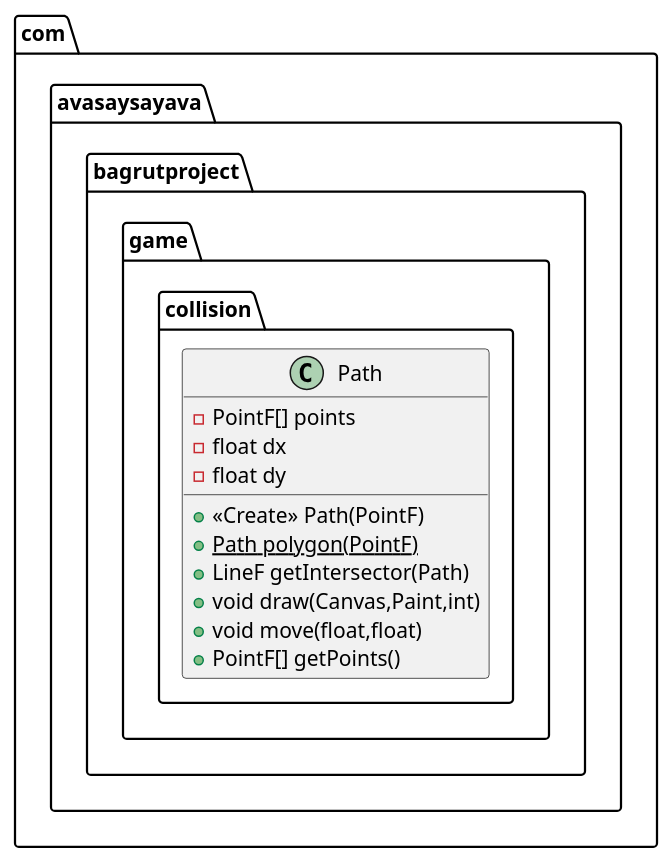
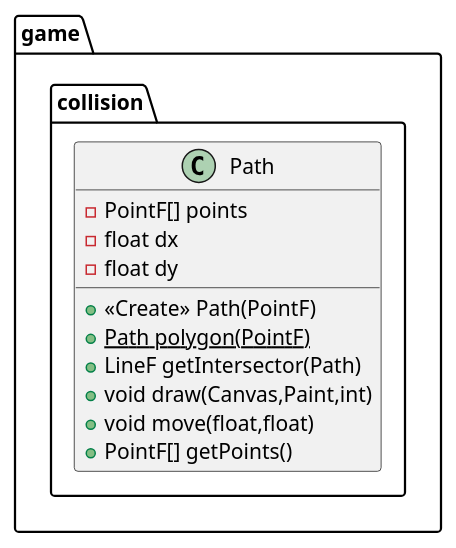
One commit to Avasay-Sayava/BagrutProject changed the diagram in ProjectApp/app/src/main/java/com/avasaysayava/bagrutproject/game/collision/Path.puml. Above: the diagram before and after it, drawn with PlantUML. The commit also changed 41 other files, not shown here.

```diff
--- a/ProjectApp/app/src/main/java/com/avasaysayava/bagrutproject/game/collision/Path.puml
+++ b/ProjectApp/app/src/main/java/com/avasaysayava/bagrutproject/game/collision/Path.puml
@@ -1,15 +1,15 @@
 @startuml
-class com.avasaysayava.bagrutproject.game.collision.Path {
+class game.collision.Path {
 - PointF[] points
 - float dx
 - float dy
 + <<Create>> Path(PointF)
 + {static} Path polygon(PointF)
 + LineF getIntersector(Path)
 + void draw(Canvas,Paint,int)
 + void move(float,float)
 + PointF[] getPoints()
 }
 
 
 @enduml
```
